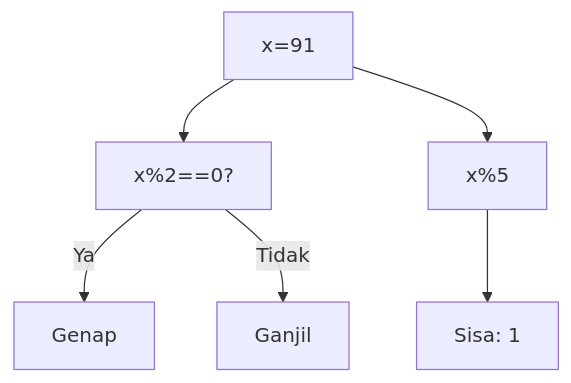
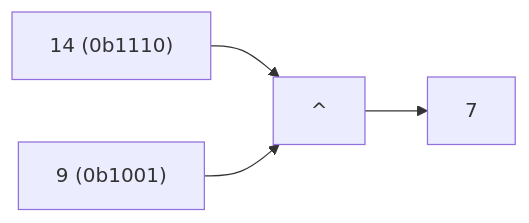
The seventh of 25 diagrams in part-c-pemahaman-cpp/06-bitwise/latihan/set-03.md (amnahwaida/OSNK_INF_PREP), drawn with Mermaid before and after one commit. The commit also changed other lines of this file and 71 other files, not shown here.

````diff
--- a/part-c-pemahaman-cpp/06-bitwise/latihan/set-03.md
+++ b/part-c-pemahaman-cpp/06-bitwise/latihan/set-03.md
@@ -176,8 +179,6 @@
 ```mermaid
-graph TD
-A["x=91"] --> B["x%2==0?"]
-B -- Ya --> C["Genap"]
-B -- Tidak --> D["Ganjil"]
-A --> E["x%5"]
-E --> F["Sisa: 1"]
+graph LR
+A["14 (0b1110)"] --> C["^"]
+B["9 (0b1001)"] --> C
+C --> D["7"]
 ```
````
